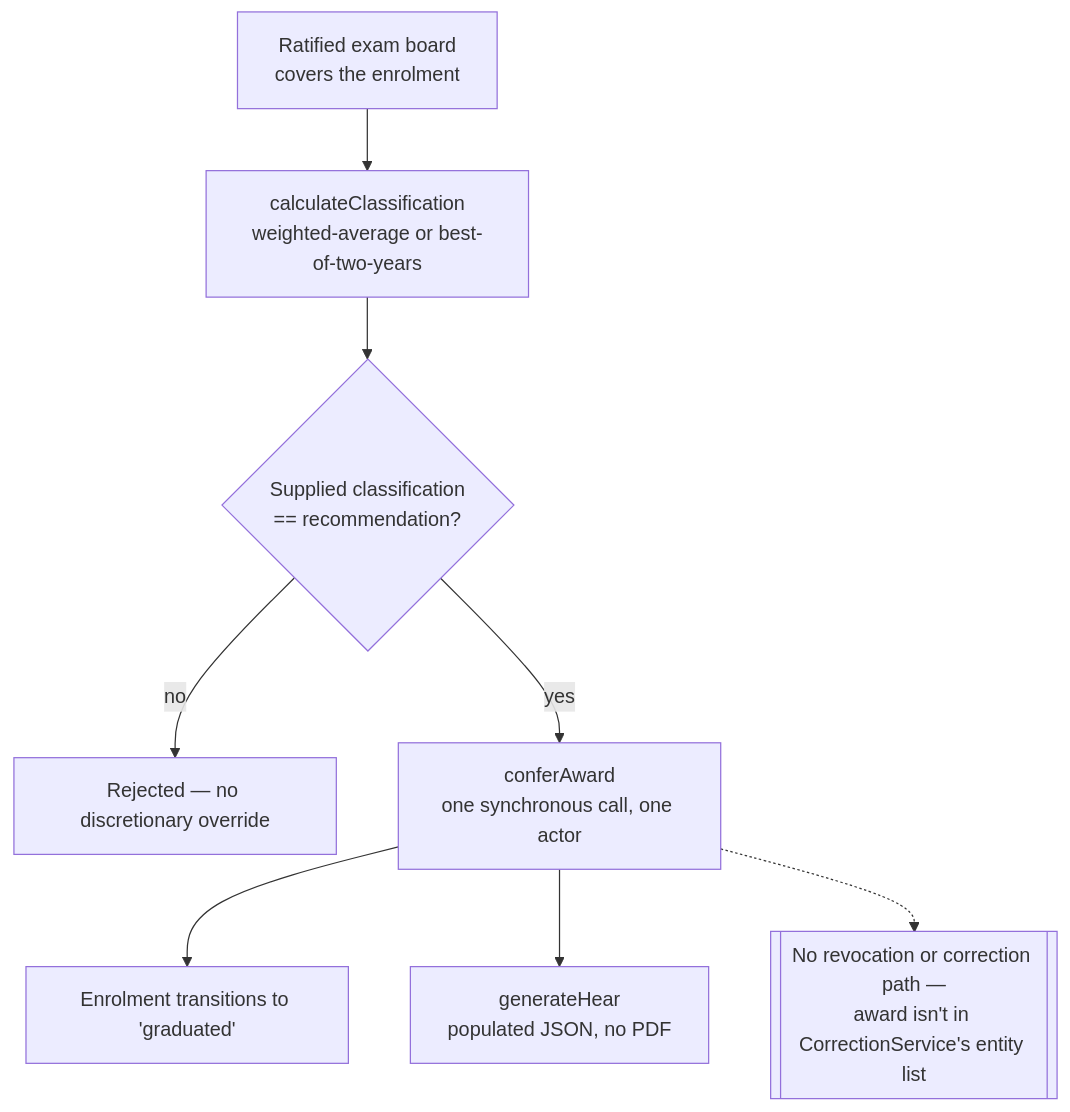
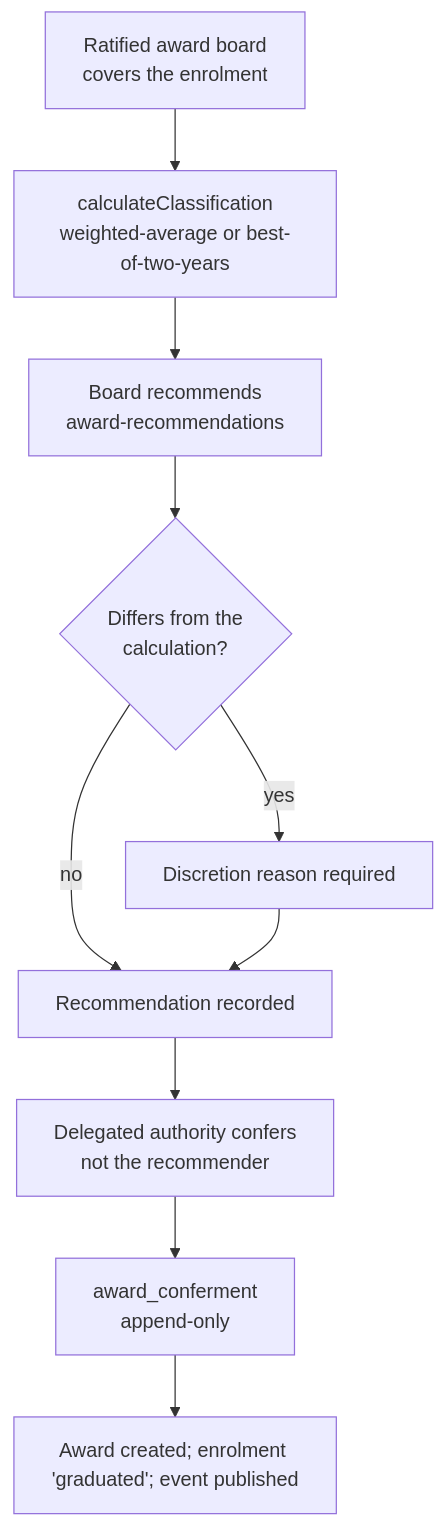
Before and after one commit to RevelationCore/Revelation-SRS: the diagram in docs/user-guides/progression-awards-and-graduation-and-revelation-srs.md, drawn with Mermaid. The commit also changed other lines of this file and 12 other files, not shown here.

````diff
--- a/docs/user-guides/progression-awards-and-graduation-and-revelation-srs.md
+++ b/docs/user-guides/progression-awards-and-graduation-and-revelation-srs.md
@@ -92,10 +96,12 @@
 ```mermaid
 flowchart TD
-    A[Ratified exam board\ncovers the enrolment] --> B[calculateClassification\nweighted-average or best-of-two-years]
-    B --> C{Supplied classification\n== recommendation?}
-    C -- no --> D[Rejected — no discretionary override]
-    C -- yes --> E[conferAward\none synchronous call, one actor]
-    E --> F[Enrolment transitions to 'graduated']
-    E --> G[generateHear\npopulated JSON, no PDF]
-    E -.-> H[["No revocation or correction path —\naward isn't in CorrectionService's entity list"]]
+    A[Ratified award board\ncovers the enrolment] --> B[calculateClassification\nweighted-average or best-of-two-years]
+    B --> C[Board recommends\naward-recommendations]
+    C --> D{Differs from the\ncalculation?}
+    D -- yes --> E[Discretion reason required]
+    D -- no --> F[Recommendation recorded]
+    E --> F
+    F --> G[Delegated authority confers\nnot the recommender]
+    G --> H[award_conferment\nappend-only]
+    H --> I[Award created; enrolment 'graduated'; event published]
 ```
````
